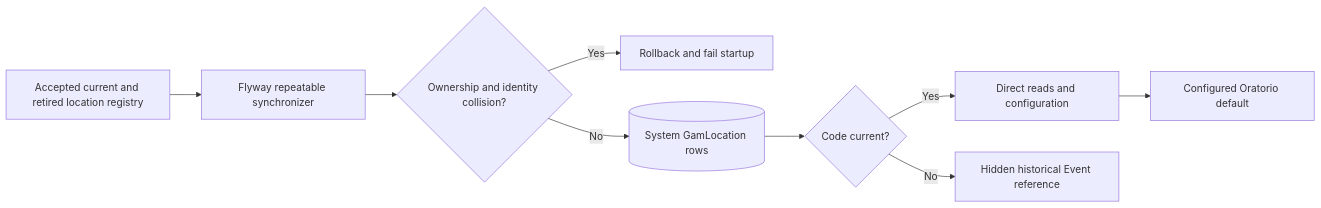
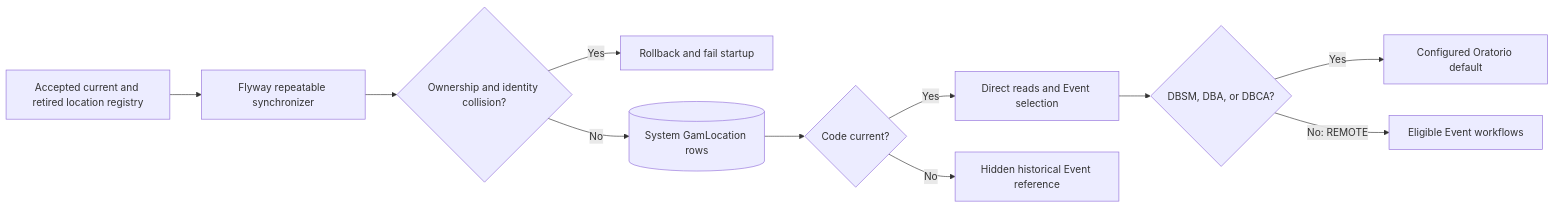
The diagram in docs/requirements/gam-locations/system-gam-location-catalog.md (DudsFerraz/GAM-backend-API), drawn with Mermaid before and after one commit. The commit also changed other lines of this file and 5 other files, not shown here.

First line of the commit message:
docs(gam-location): accept remote event location contract

````diff
--- a/docs/requirements/gam-locations/system-gam-location-catalog.md
+++ b/docs/requirements/gam-locations/system-gam-location-catalog.md
@@ -342,11 +364,13 @@
 ```mermaid
 flowchart LR
     Registry["Accepted current and retired location registry"] --> Repeatable["Flyway repeatable synchronizer"]
     Repeatable --> Preflight{"Ownership and identity collision?"}
     Preflight -- "Yes" --> StartupFailure["Rollback and fail startup"]
     Preflight -- "No" --> Catalog[("System GamLocation rows")]
     Catalog --> Current{"Code current?"}
-    Current -- "Yes" --> DirectReads["Direct reads and configuration"]
+    Current -- "Yes" --> DirectReads["Direct reads and Event selection"]
     Current -- "No" --> Historical["Hidden historical Event reference"]
-    DirectReads --> Oratorio["Configured Oratorio default"]
+    DirectReads --> PhysicalCode{"DBSM, DBA, or DBCA?"}
+    PhysicalCode -- "Yes" --> Oratorio["Configured Oratorio default"]
+    PhysicalCode -- "No: REMOTE" --> OtherEvents["Eligible Event workflows"]
 ```
````
